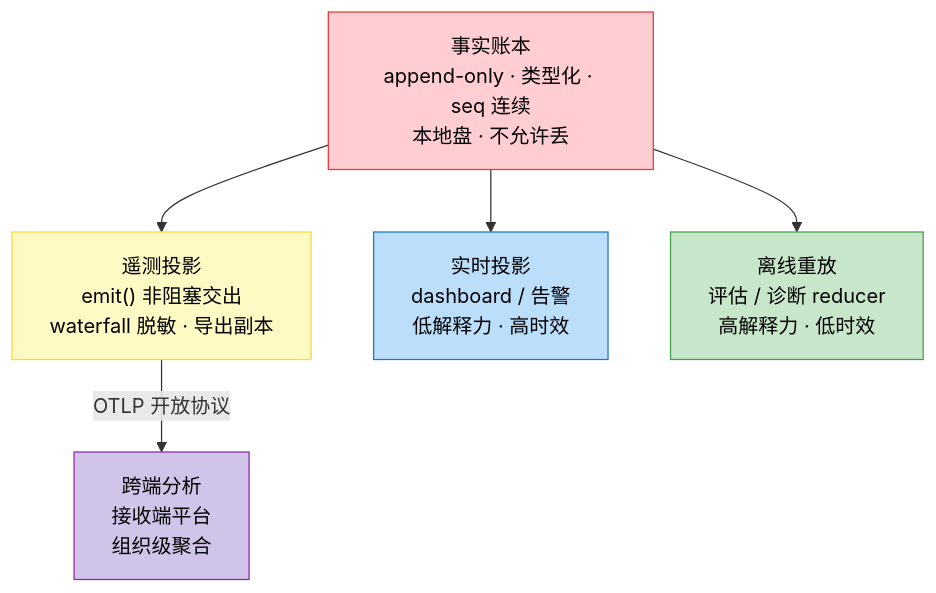
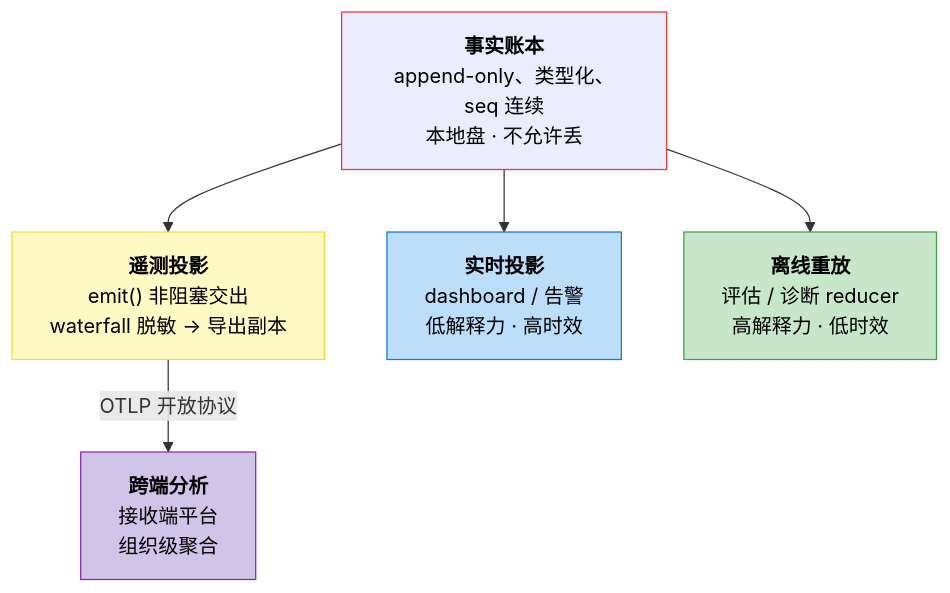
One commit to houhong/harness-engineering-guide changed the first of 10 diagrams in 11_reliability/11.0_observability_essence.md. Above: the diagram before and after it, drawn with Mermaid. The commit also changed other lines of this file and 1 other file, not shown here.

````diff
--- a/11_reliability/11.0_observability_essence.md
+++ b/11_reliability/11.0_observability_essence.md
@@ -35,20 +29,19 @@
 ```mermaid
 flowchart TD
-    L["事实账本<br/>append-only · 类型化 · seq 连续<br/>本地盘 · 不允许丢"]
-    T["遥测投影<br/>emit() 非阻塞交出<br/>waterfall 脱敏 · 导出副本"]
-    P1["实时投影<br/>dashboard / 告警<br/>低解释力 · 高时效"]
-    P2["离线重放<br/>评估 / 诊断 reducer<br/>高解释力 · 低时效"]
-    P3["跨端分析<br/>接收端平台<br/>组织级聚合"]
+    L["<b>事实账本</b><br/>append-only、类型化、seq 连续<br/>本地盘 · 不允许丢"]
+    T["<b>遥测投影</b><br/>emit() 非阻塞交出<br/>waterfall 脱敏 → 导出副本"]
+    P1["<b>实时投影</b><br/>dashboard / 告警<br/>低解释力 · 高时效"]
+    P2["<b>离线重放</b><br/>评估 / 诊断 reducer<br/>高解释力 · 低时效"]
+    P3["<b>跨端分析</b><br/>接收端平台<br/>组织级聚合"]
 
     L --> T
     L --> P1
     L --> P2
-    T -- "OTLP 开放协议" --> P3
+    T -->|"OTLP 开放协议"| P3
 
-    style L fill:#ffcdd2,stroke:#e53935,color:#000
+    style L fill:#ffcd2,stroke:#e53935,color:#000
     style T fill:#fff9c4,stroke:#fdd835,color:#000
     style P1 fill:#bbdefb,stroke:#1976d2,color:#000
     style P2 fill:#c8e6c9,stroke:#43a047,color:#000
     style P3 fill:#d1c4e9,stroke:#8e24aa,color:#000
-  
 ```
````
